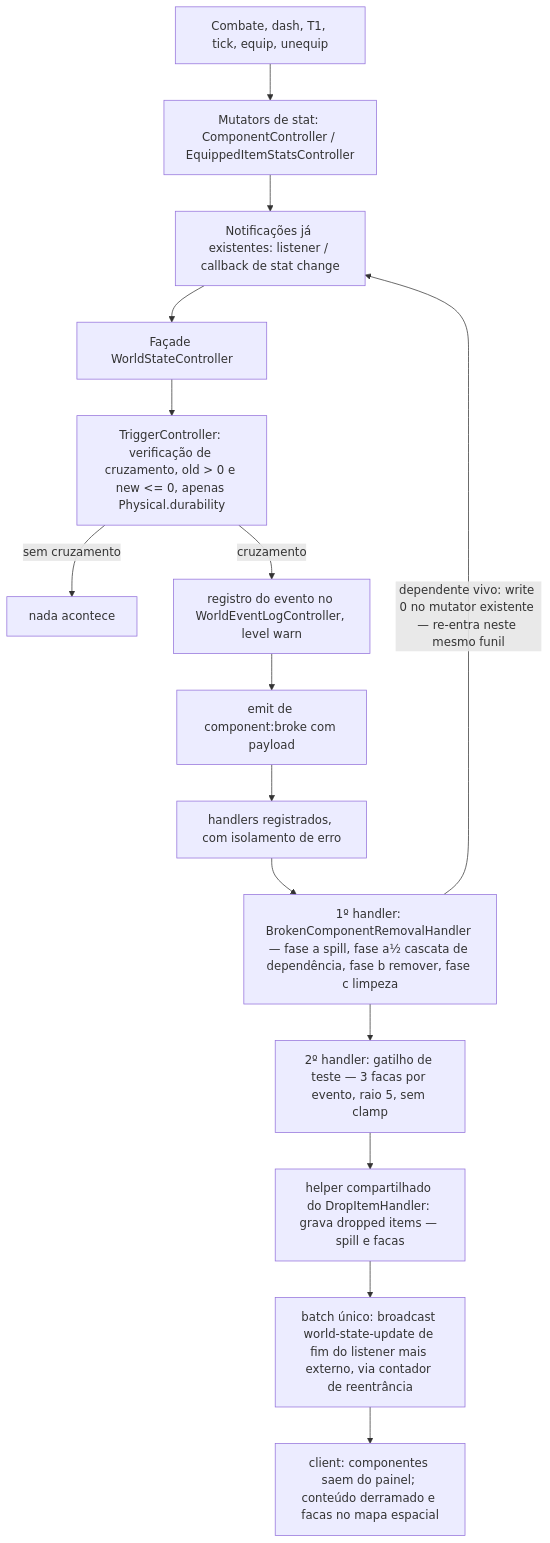
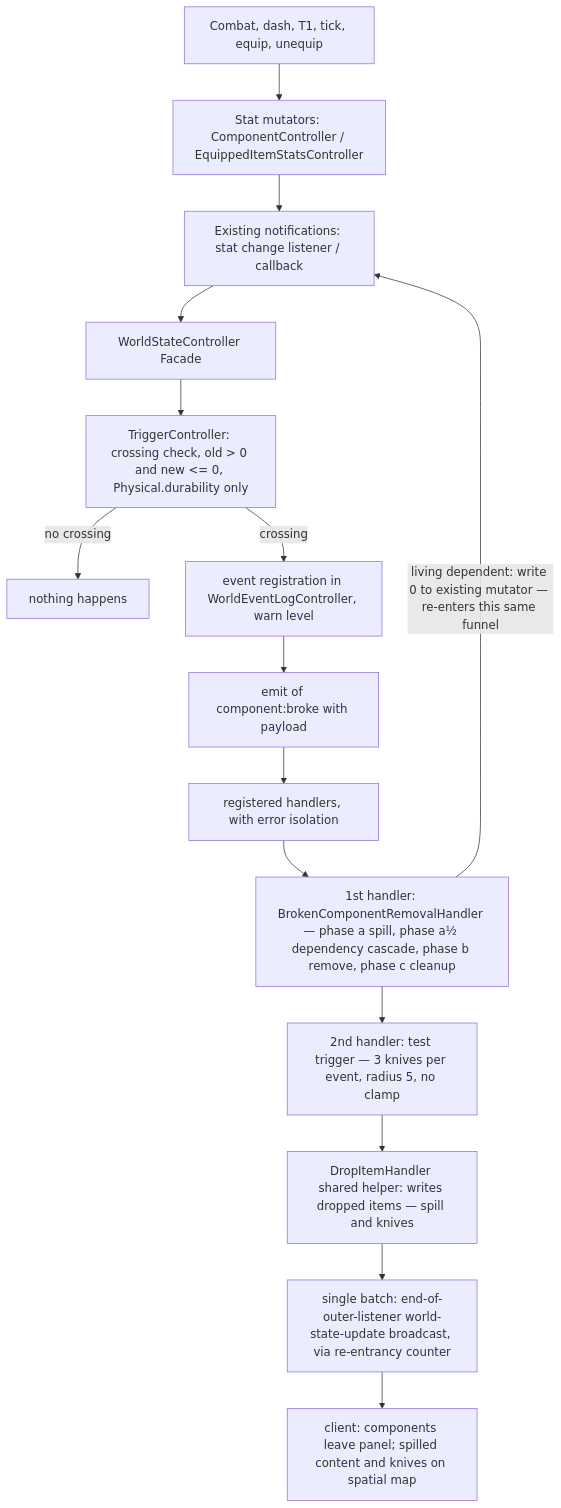
The diagram in wiki/trigger_system_design.md (Rhuan-P-Dev/slopSimulacrum), drawn with Mermaid before and after one commit. The commit also changed other lines of this file and 16 other files, not shown here.

````diff
--- a/wiki/trigger_system_design.md
+++ b/wiki/trigger_system_design.md
@@ -84,17 +84,17 @@
 ```mermaid
 flowchart TD
-    A[Combate, dash, T1, tick, equip, unequip] --> B[Mutators de stat: ComponentController / EquippedItemStatsController]
-    B --> C[Notificações já existentes: listener / callback de stat change]
-    C --> D[Façade WorldStateController]
-    D --> E[TriggerController: verificação de cruzamento, old > 0 e new <= 0, apenas Physical.durability]
-    E -->|sem cruzamento| F[nada acontece]
-    E -->|cruzamento| G[registro do evento no WorldEventLogController, level warn]
-    G --> H[emit de component:broke com payload]
-    H --> I[handlers registrados, com isolamento de erro]
-    I --> I1[1º handler: BrokenComponentRemovalHandler — fase a spill, fase a½ cascata de dependência, fase b remover, fase c limpeza]
-    I1 -->|dependente vivo: write 0 no mutator existente — re-entra neste mesmo funil| C
-    I1 --> I2[2º handler: gatilho de teste — 3 facas por evento, raio 5, sem clamp]
-    I2 --> K[helper compartilhado do DropItemHandler: grava dropped items — spill e facas]
-    K --> L[batch único: broadcast world-state-update de fim do listener mais externo, via contador de reentrância]
-    L --> M[client: componentes saem do painel; conteúdo derramado e facas no mapa espacial]
+    A[Combat, dash, T1, tick, equip, unequip] --> B[Stat mutators: ComponentController / EquippedItemStatsController]
+    B --> C[Existing notifications: stat change listener / callback]
+    C --> D[WorldStateController Facade]
+    D --> E[TriggerController: crossing check, old > 0 and new <= 0, Physical.durability only]
+    E -->|no crossing| F[nothing happens]
+    E -->|crossing| G[event registration in WorldEventLogController, warn level]
+    G --> H[emit of component:broke with payload]
+    H --> I[registered handlers, with error isolation]
+    I --> I1[1st handler: BrokenComponentRemovalHandler — phase a spill, phase a½ dependency cascade, phase b remove, phase c cleanup]
+    I1 -->|living dependent: write 0 to existing mutator — re-enters this same funnel| C
+    I1 --> I2[2nd handler: test trigger — 3 knives per event, radius 5, no clamp]
+    I2 --> K[DropItemHandler shared helper: writes dropped items — spill and knives]
+    K --> L[single batch: end-of-outer-listener world-state-update broadcast, via re-entrancy counter]
+    L --> M[client: components leave panel; spilled content and knives on spatial map]
 ```
````
